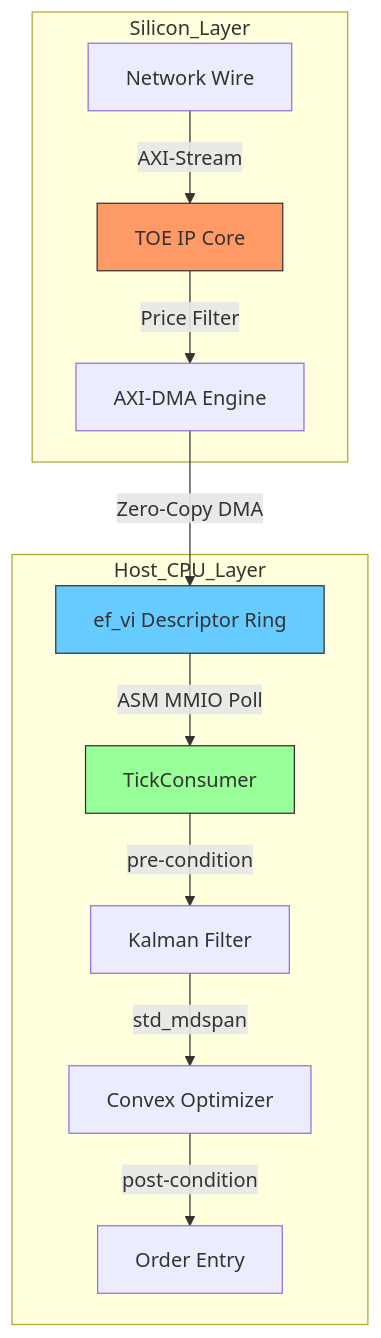
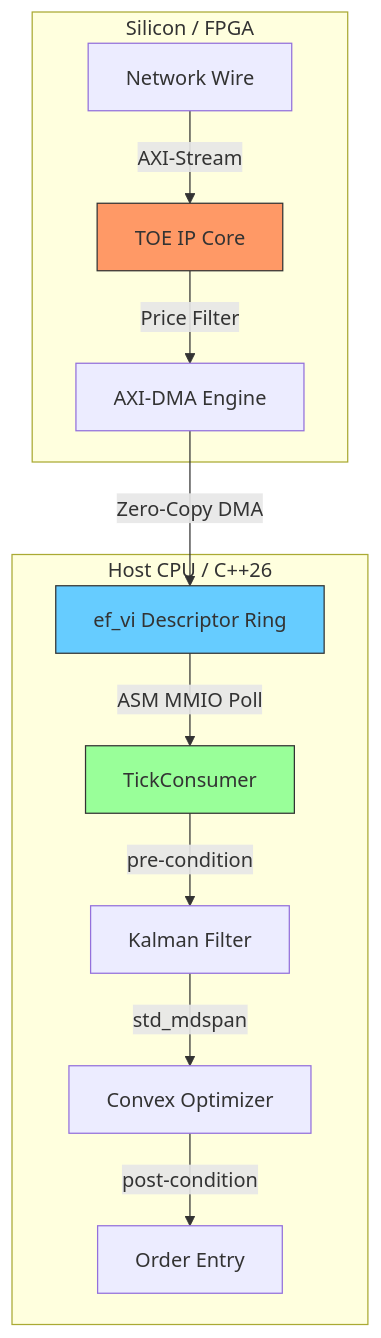
One commit to sm2774us/signal_processing_in_finance changed the diagram in README.md. Above: the diagram before and after it, drawn with Mermaid. The commit also changed other lines of this file and 4 other files, not shown here.

````diff
--- a/README.md
+++ b/README.md
@@ -105,17 +39,17 @@
 ```mermaid
 graph TD
-    subgraph Silicon_Layer
+    subgraph Silicon_Layer [Silicon / FPGA]
         A[Network Wire] -->|AXI-Stream| B[TOE IP Core]
         B -->|Price Filter| C[AXI-DMA Engine]
     end
-    subgraph Host_CPU_Layer
+    subgraph Host_CPU_Layer [Host CPU / C++26]
         C -->|Zero-Copy DMA| D[ef_vi Descriptor Ring]
         D -->|ASM MMIO Poll| E[TickConsumer]
-        E -->|"pre-condition"| F[Kalman Filter]
+        E -->|pre-condition| F[Kalman Filter]
         F -->|std_mdspan| G[Convex Optimizer]
-        G -->|"post-condition"| H[Order Entry]
+        G -->|post-condition| H[Order Entry]
     end
     style B fill:#f96,stroke:#333
     style D fill:#6cf,stroke:#333
     style E fill:#9f9,stroke:#333
 ```
````
